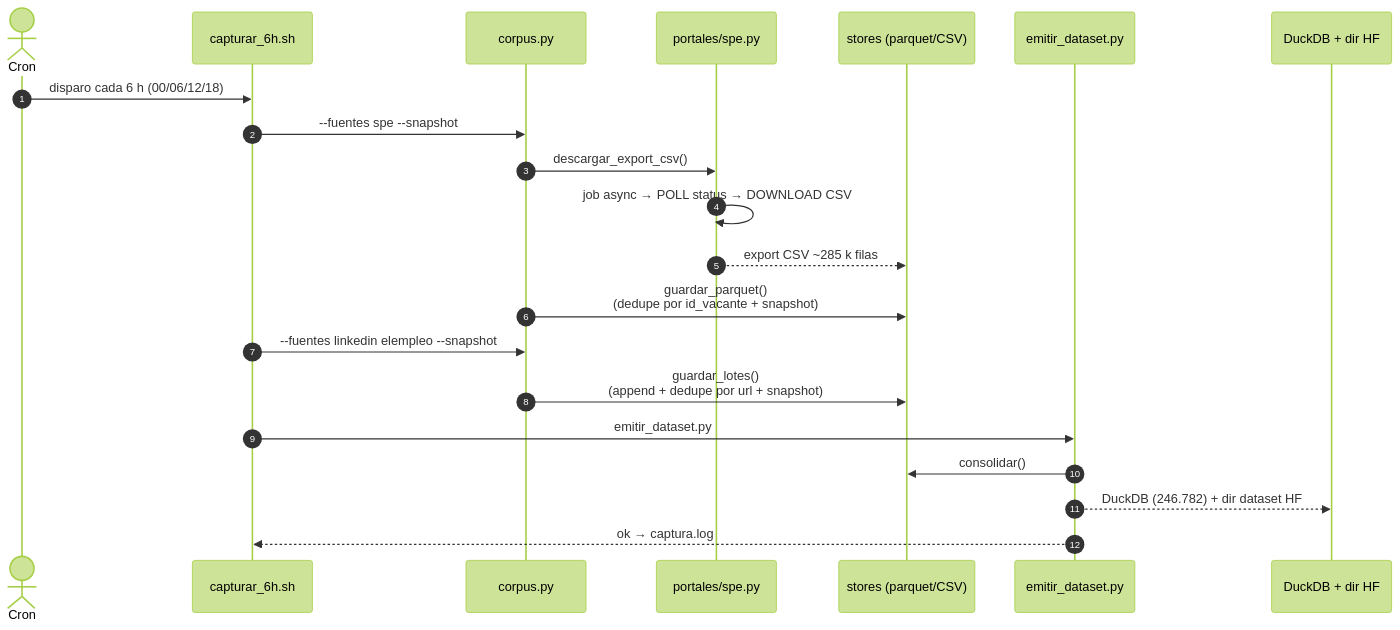
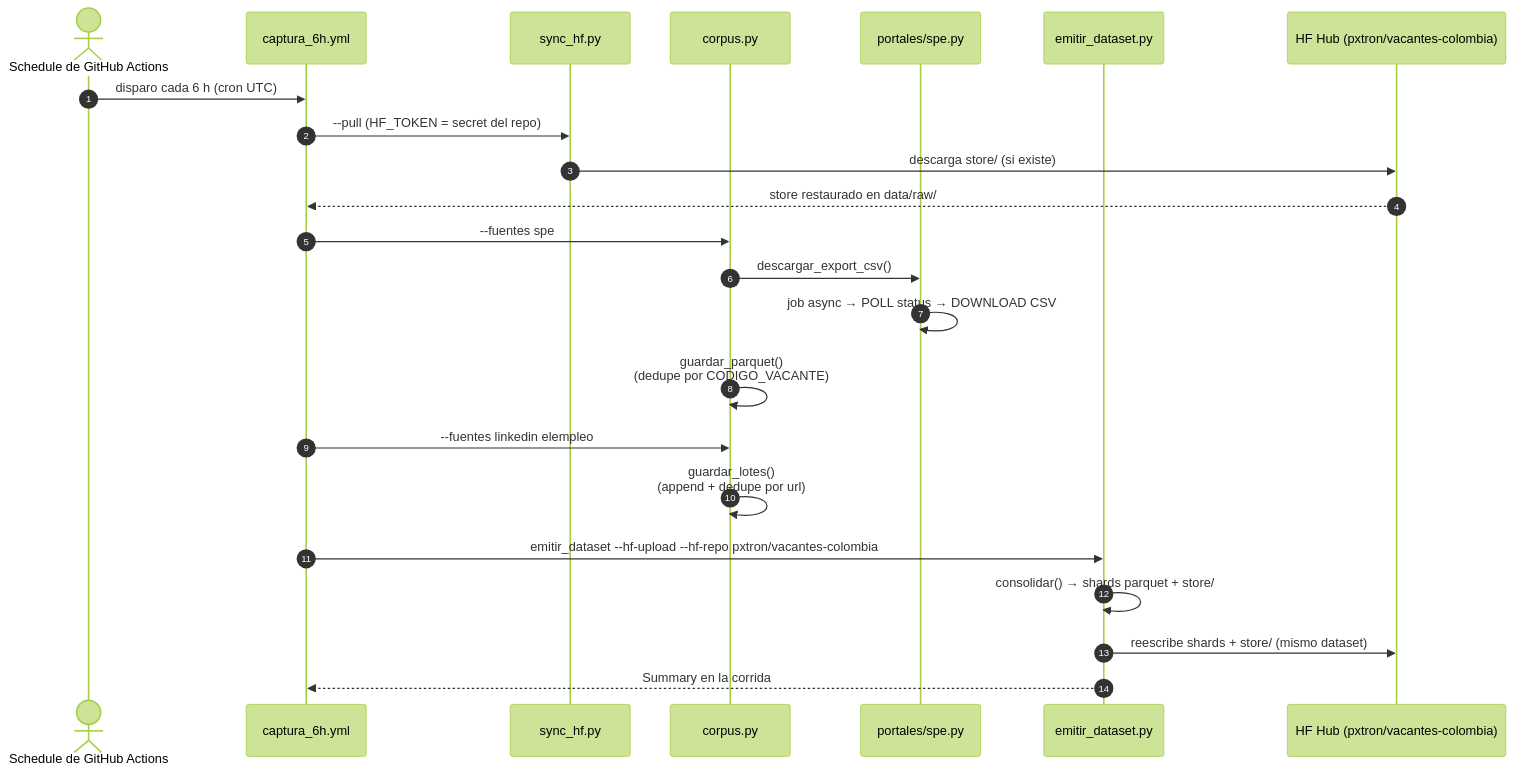
Before and after one commit to shalom-A26/SEXTANTE: the third of 3 diagrams in README.md, drawn with Mermaid (forest theme). The commit also changed other lines of this file and 8 other files, not shown here.

First line of the commit message:
feat: captura en GitHub Actions con Hugging Face como memoria persistente

````diff
--- a/README.md
+++ b/README.md
@@ -111,24 +105,26 @@
 ```mermaid
 sequenceDiagram
     autonumber
-    actor Cron
-    participant sh as capturar_6h.sh
+    actor Sched as Schedule de GitHub Actions
+    participant wf as captura_6h.yml
+    participant sy as sync_hf.py
     participant cp as corpus.py
     participant sp as portales/spe.py
-    participant raw as stores (parquet/CSV)
     participant em as emitir_dataset.py
-    participant sal as DuckDB + dir HF
+    participant hub as HF Hub (pxtron/vacantes-colombia)
 
-    Cron->>sh: disparo cada 6 h (00/06/12/18)
-    sh->>cp: --fuentes spe --snapshot
+    Sched->>wf: disparo cada 6 h (cron UTC)
+    wf->>sy: --pull (HF_TOKEN = secret del repo)
+    sy->>hub: descarga store/ (si existe)
+    hub-->>wf: store restaurado en data/raw/
+    wf->>cp: --fuentes spe
     cp->>sp: descargar_export_csv()
     sp->>sp: job async → POLL status → DOWNLOAD CSV
-    sp-->>raw: export CSV ~285 k filas
-    cp->>raw: guardar_parquet()<br/>(dedupe por id_vacante + snapshot)
-    sh->>cp: --fuentes linkedin elempleo --snapshot
-    cp->>raw: guardar_lotes()<br/>(append + dedupe por url + snapshot)
-    sh->>em: emitir_dataset.py
-    em->>raw: consolidar()
-    em-->>sal: DuckDB (246.782) + dir dataset HF
-    em-->>sh: ok → captura.log
+    cp->>cp: guardar_parquet()<br/>(dedupe por CODIGO_VACANTE)
+    wf->>cp: --fuentes linkedin elempleo
+    cp->>cp: guardar_lotes()<br/>(append + dedupe por url)
+    wf->>em: emitir_dataset --hf-upload --hf-repo pxtron/vacantes-colombia
+    em->>em: consolidar() → shards parquet + store/
+    em->>hub: reescribe shards + store/ (mismo dataset)
+    em-->>wf: Summary en la corrida
 ```
````
